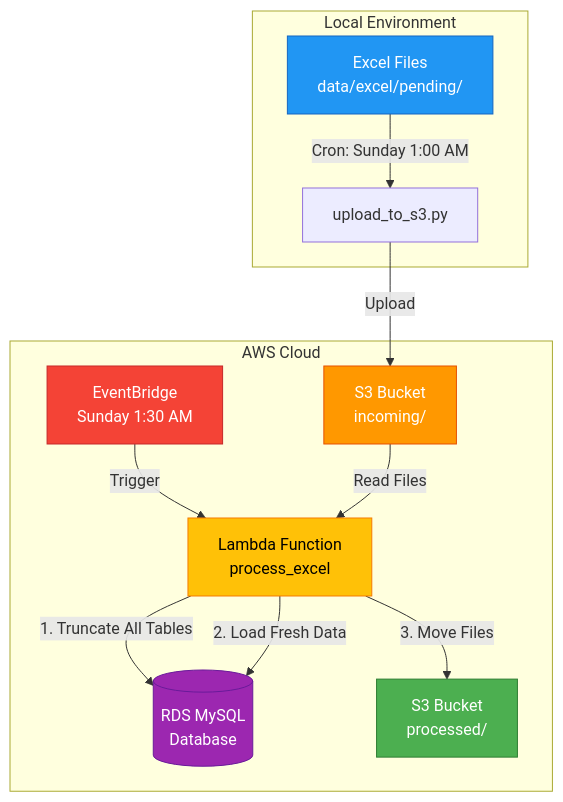
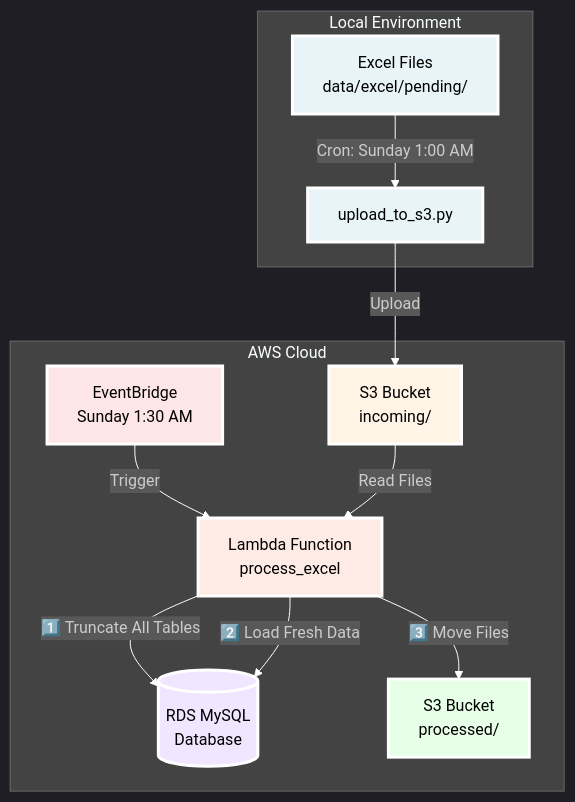
One commit to GMartin-Data/e1-certification changed the first of 7 diagrams in docs/architecture/etl-workflow.md. Above: the diagram before and after it, drawn with Mermaid. The commit also changed other lines of this file, not shown here.

Commit message:
docs: improve graphs readability in etl-workflow.md

````diff
--- a/docs/architecture/etl-workflow.md
+++ b/docs/architecture/etl-workflow.md
@@ -9,22 +9,42 @@
 ```mermaid
+%%{init: {
+  'theme': 'dark',
+  'themeVariables': {
+    'primaryColor': '#1a1a1a',
+    'primaryTextColor': '#ffffff',
+    'primaryBorderColor': '#ffffff',
+    'background': '#000000',
+    'mainBkg': '#1a1a1a',
+    'lineColor': '#ffffff'
+  }
+}}%%
+
 graph TB
     subgraph "Local Environment"
         A[Excel Files<br/>data/excel/pending/] -->|Cron: Sunday 1:00 AM| B[upload_to_s3.py]
     end
 
     subgraph "AWS Cloud"
         B -->|Upload| C[S3 Bucket<br/>incoming/]
         D[EventBridge<br/>Sunday 1:30 AM] -->|Trigger| E[Lambda Function<br/>process_excel]
         C -->|Read Files| E
-        E -->|1. Truncate All Tables| F[(RDS MySQL<br/>Database)]
-        E -->|2. Load Fresh Data| F
-        E -->|3. Move Files| G[S3 Bucket<br/>processed/]
+        E -->|1️⃣ Truncate All Tables| F[(RDS MySQL<br/>Database)]
+        E -->|2️⃣ Load Fresh Data| F
+        E -->|3️⃣ Move Files| G[S3 Bucket<br/>processed/]
     end
 
-    style A fill:#2196F3,stroke:#1565C0,color:#fff
-    style C fill:#FF9800,stroke:#E65100,color:#fff
-    style G fill:#4CAF50,stroke:#2E7D32,color:#fff
-    style F fill:#9C27B0,stroke:#6A1B9A,color:#fff
-    style E fill:#FFC107,stroke:#F57C00,color:#000
-    style D fill:#F44336,stroke:#C62828,color:#fff
+    %% WCAG AA compliant colors optimized for dark background
+    classDef localFiles fill:#E8F4F8,stroke:#ffffff,stroke-width:3px,color:#000
+    classDef s3Incoming fill:#FFF4E6,stroke:#ffffff,stroke-width:3px,color:#000
+    classDef s3Processed fill:#E6FFE6,stroke:#ffffff,stroke-width:3px,color:#000
+    classDef database fill:#F0E6FF,stroke:#ffffff,stroke-width:3px,color:#000
+    classDef lambda fill:#FFEBE6,stroke:#ffffff,stroke-width:3px,color:#000
+    classDef eventbridge fill:#FFE6E6,stroke:#ffffff,stroke-width:3px,color:#000
+
+    class A,B localFiles
+    class C s3Incoming
+    class G s3Processed
+    class F database
+    class E lambda
+    class D eventbridge
 ```
````
